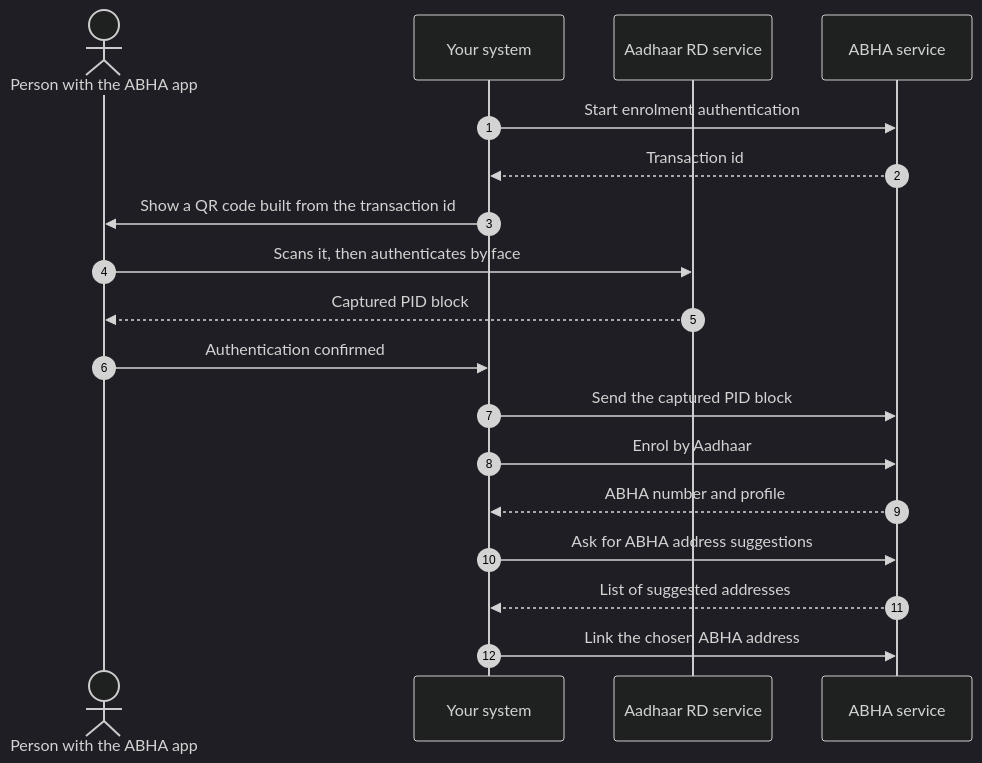
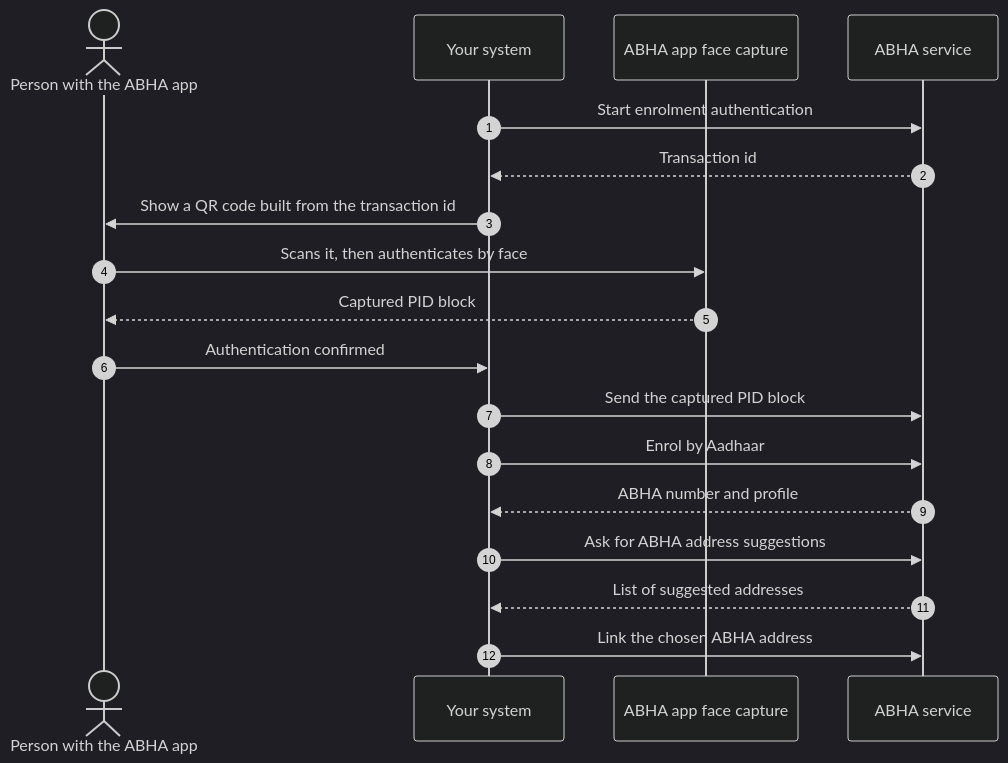
Before and after one commit to nha-in/docs: the third of 10 diagrams in site/docs/hiecm/v3/milestones/m1.mdx, drawn with Mermaid (dark theme). The commit also changed other lines of this file and 30 other files, not shown here.

````diff
--- a/site/docs/hiecm/v3/milestones/m1.mdx
+++ b/site/docs/hiecm/v3/milestones/m1.mdx
@@ -232,20 +232,20 @@
 ```mermaid
 sequenceDiagram
     autonumber
     actor P as Person with the ABHA app
     participant S as Your system
-    participant R as Aadhaar RD service
+    participant R as ABHA app face capture
     participant A as ABHA service
     S->>A: Start enrolment authentication
     A-->>S: Transaction id
     S->>P: Show a QR code built from the transaction id
     P->>R: Scans it, then authenticates by face
     R-->>P: Captured PID block
     P->>S: Authentication confirmed
     S->>A: Send the captured PID block
     S->>A: Enrol by Aadhaar
     A-->>S: ABHA number and profile
     S->>A: Ask for ABHA address suggestions
     A-->>S: List of suggested addresses
     S->>A: Link the chosen ABHA address
 ```
````
